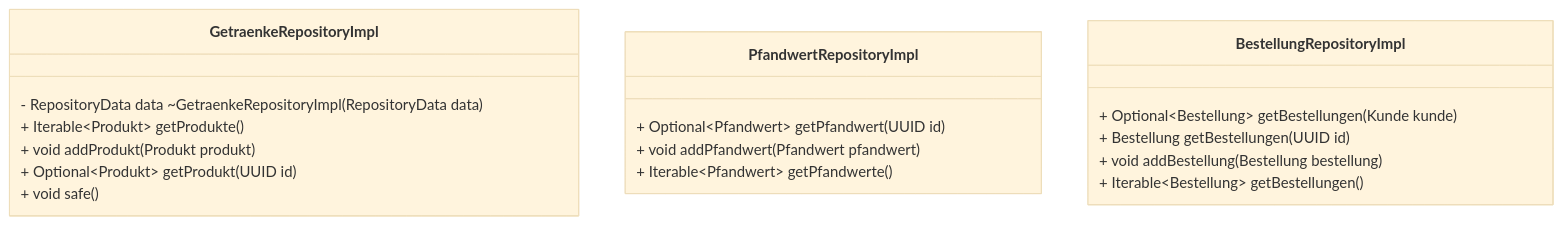
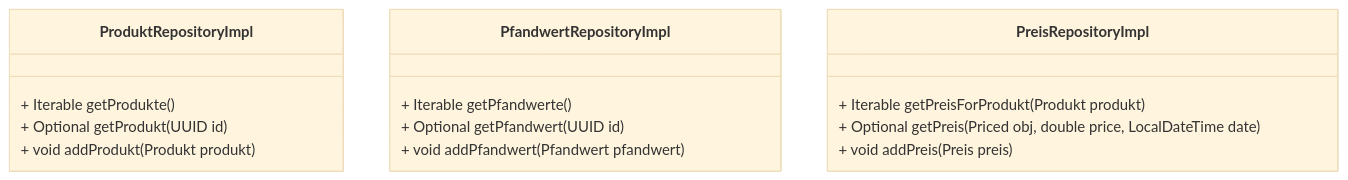
Diagram 12 of 31 in README.md (Gamagu/ase_getraenke), drawn with Mermaid (base theme) before and after one commit. The commit also changed other lines of this file and 1 other file, not shown here.

````diff
--- a/README.md
+++ b/README.md
@@ -452,24 +468,20 @@
-```mermaid 
-	classDiagram 
-		class GetraenkeRepositoryImpl { 
-			- RepositoryData data ~GetraenkeRepositoryImpl(RepositoryData data) 
-			+ Iterable~Produkt~ getProdukte() 
-			+ void addProdukt(Produkt produkt) 
-			+ Optional~Produkt~ getProdukt(UUID id) 
-			+ void safe() 
-		}
-		
-		class PfandwertRepositoryImpl {
-			+ Optional~Pfandwert~ getPfandwert(UUID id) 
-			+ void addPfandwert(Pfandwert pfandwert) 
-			+ Iterable~Pfandwert~ getPfandwerte() 
-		}
+```mermaid
+	classDiagram
+		class ProduktRepositoryImpl {
+		+ Iterable<Produkt> getProdukte()
+		+ Optional<Produkt> getProdukt(UUID id)
+		+ void addProdukt(Produkt produkt)
+	}
 
-		class BestellungRepositoryImpl {
-			+ Optional~Bestellung~ getBestellungen(Kunde kunde) 
-			+ Bestellung getBestellungen(UUID id) 
-			+ void addBestellung(Bestellung bestellung) 
-			+ Iterable~Bestellung~ getBestellungen() 
-		}
+	class PfandwertRepositoryImpl {
+		+ Iterable<Pfandwert> getPfandwerte()
+		+ Optional<Pfandwert> getPfandwert(UUID id)
+		+ void addPfandwert(Pfandwert pfandwert)
+	}
 
+	class PreisRepositoryImpl {
+		+ Iterable<Preis> getPreisForProdukt(Produkt produkt)
+		+ Optional<Preis> getPreis(Priced obj, double price, LocalDateTime date)
+		+ void addPreis(Preis preis)
+	}
 ```
````
